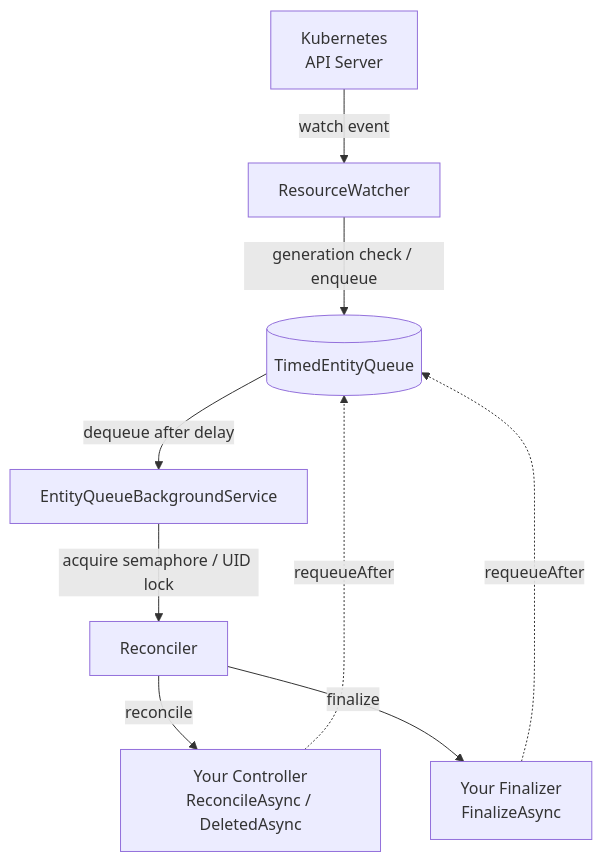
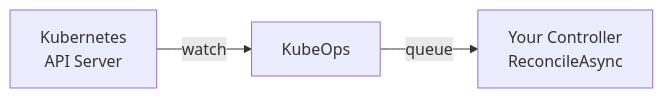
One commit to dotnet/dotnet-operator-sdk changed the second of 2 diagrams in docs/docs/operator/index.mdx. Above: the diagram before and after it, drawn with Mermaid. The commit also changed other lines of this file and 62 other files, not shown here.

````diff
--- a/docs/docs/operator/index.mdx
+++ b/docs/docs/operator/index.mdx
@@ -41,19 +41,5 @@
 ```mermaid
-flowchart TB
-    API[Kubernetes<br/>API Server]
-    W[ResourceWatcher]
-    Q[(TimedEntityQueue)]
-    B[EntityQueueBackgroundService]
-    R[Reconciler]
-    C[Your Controller<br/>ReconcileAsync / DeletedAsync]
-    F[Your Finalizer<br/>FinalizeAsync]
-
-    API -->|watch event| W
-    W -->|generation check / enqueue| Q
-    Q -->|dequeue after delay| B
-    B -->|acquire semaphore / UID lock| R
-    R -->|reconcile| C
-    R -->|finalize| F
-    C -.->|requeueAfter| Q
-    F -.->|requeueAfter| Q
+flowchart LR
+    API[Kubernetes<br/>API Server] -->|watch| W[KubeOps]
+    W -->|queue| C[Your Controller<br/>ReconcileAsync]
 ```
````
